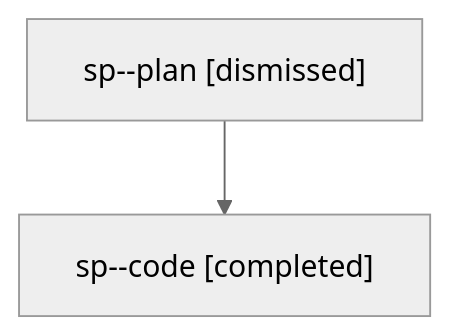
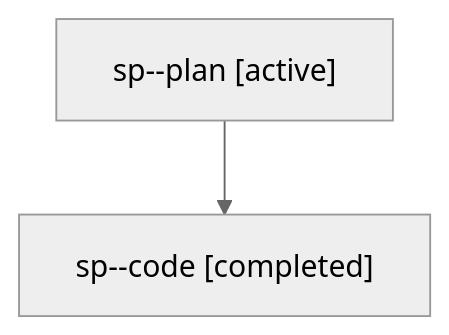
One commit to sase-org/sase--agents changed the diagram in families/bbugyi200.athena.sp.md. Above: the diagram before and after it, drawn with Mermaid (neutral theme). The commit also changed other lines of this file and 4556 other files, not shown here.

````diff
--- a/families/bbugyi200.athena.sp.md
+++ b/families/bbugyi200.athena.sp.md
@@ -9,6 +9,6 @@
 ```mermaid
 flowchart TD
-  n0["sp--plan [dismissed]"]
+  n0["sp--plan [active]"]
   n1["sp--code [completed]"]
   n0 --> n1
 ```
````
